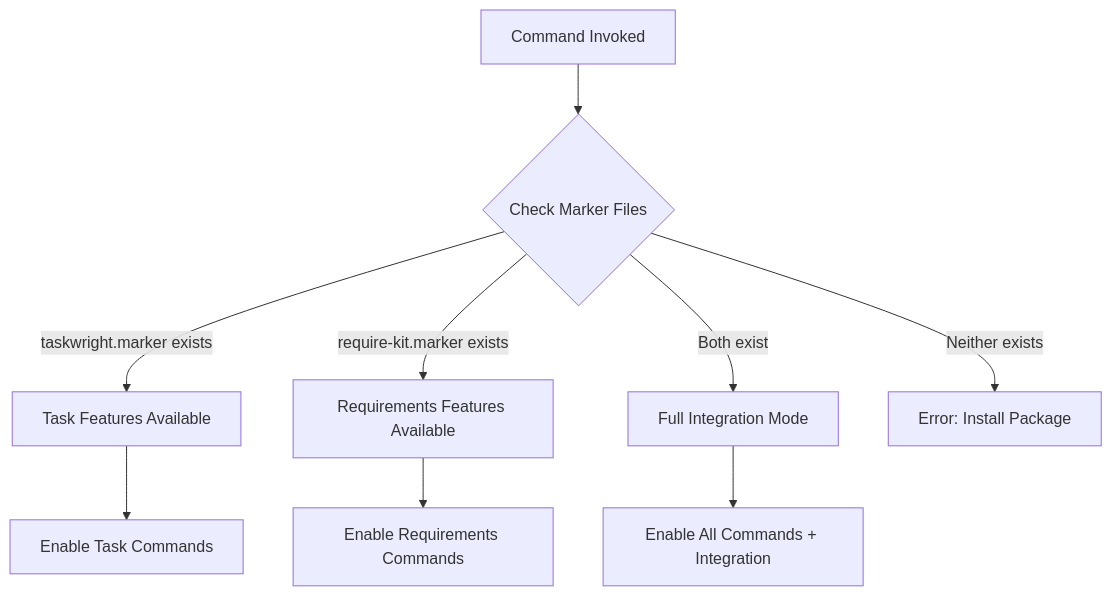
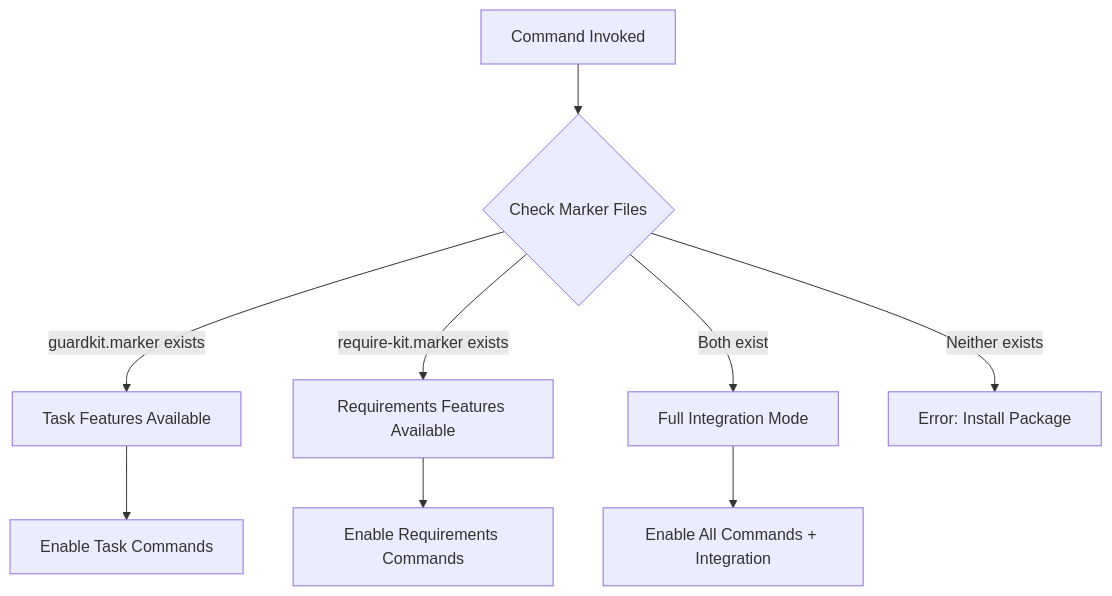
One commit to requirekit/require-kit changed the diagram in docs/architecture/bidirectional-integration.md. Above: the diagram before and after it, drawn with Mermaid. The commit also changed other lines of this file and 75 other files, not shown here.

````diff
--- a/docs/architecture/bidirectional-integration.md
+++ b/docs/architecture/bidirectional-integration.md
@@ -174,12 +174,12 @@
 ```mermaid
 graph TD
     A[Command Invoked] --> B{Check Marker Files}
-    B -->|taskwright.marker exists| C[Task Features Available]
+    B -->|guardkit.marker exists| C[Task Features Available]
     B -->|require-kit.marker exists| D[Requirements Features Available]
     B -->|Both exist| E[Full Integration Mode]
     B -->|Neither exists| F[Error: Install Package]
 
     C --> G[Enable Task Commands]
     D --> H[Enable Requirements Commands]
     E --> I[Enable All Commands + Integration]
 ```
````
